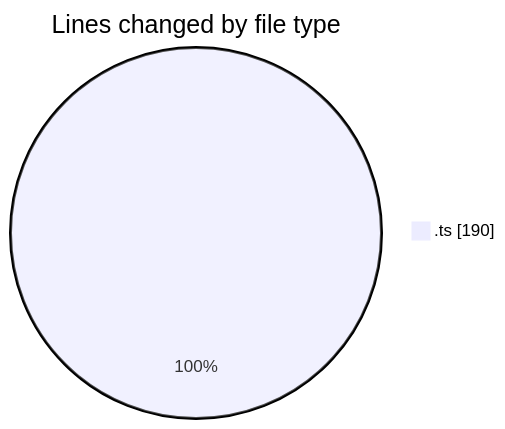
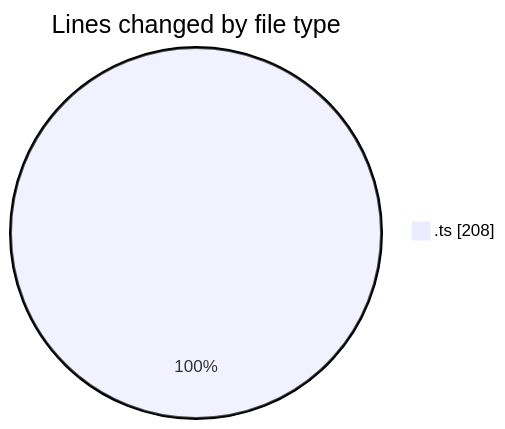
Before and after one commit to momahboobian/code-tracking: the first of 2 diagrams in 2025-08-01/cda/README.md, drawn with Mermaid. The commit also changed other lines of this file and 1 other file, not shown here.

````diff
--- a/2025-08-01/cda/README.md
+++ b/2025-08-01/cda/README.md
@@ -20,5 +20,5 @@
 ```mermaid
 pie showData
 title Lines changed by file type
-".ts" : 190
+".ts" : 208
 ```
````
